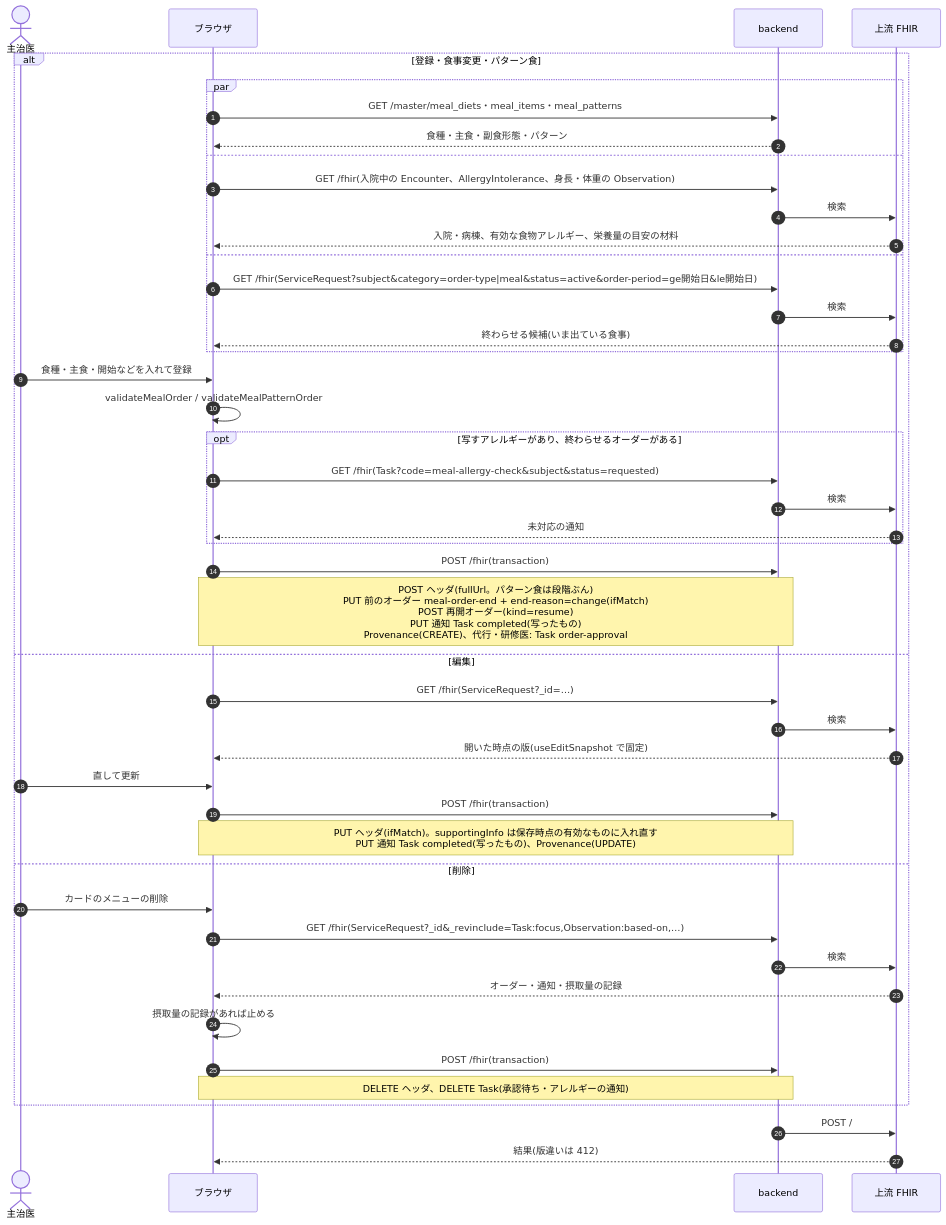
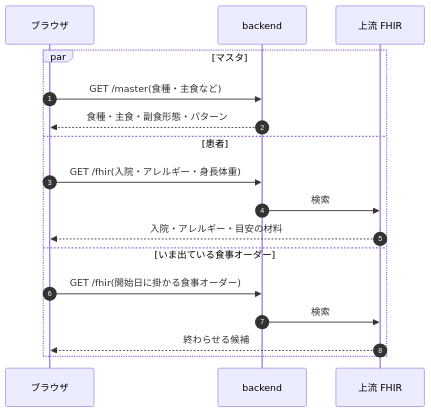
Before and after one commit to ysnr-dev/fhir-client-docs: the first of 8 diagrams in docs/dev/meal.md, drawn with Mermaid. The commit also changed other lines of this file and 43 other files, not shown here.

Commit message:
docs: 業務フローとシーケンス図を写し直し

````diff
--- a/docs/dev/meal.md
+++ b/docs/dev/meal.md
@@ -62,49 +146,20 @@
 ```mermaid
 sequenceDiagram
   autonumber
-  actor Dr as 主治医
   participant UI as ブラウザ
   participant BE as backend
   participant FHIR as 上流 FHIR
 
-  alt 登録・食事変更・パターン食
-    par
-      UI->>BE: GET /master/meal_diets・meal_items・meal_patterns
-      BE-->>UI: 食種・主食・副食形態・パターン
-    and
-      UI->>BE: GET /fhir(入院中の Encounter、AllergyIntolerance、身長・体重の Observation)
-      BE->>FHIR: 検索
-      FHIR-->>UI: 入院・病棟、有効な食物アレルギー、栄養量の目安の材料
-    and
-      UI->>BE: GET /fhir(ServiceRequest?subject&category=order-type|meal&status=active&order-period=ge開始日&le開始日)
-      BE->>FHIR: 検索
-      FHIR-->>UI: 終わらせる候補(いま出ている食事)
-    end
-    Dr->>UI: 食種・主食・開始などを入れて登録
-    UI->>UI: validateMealOrder / validateMealPatternOrder
-    opt 写すアレルギーがあり、終わらせるオーダーがある
-      UI->>BE: GET /fhir(Task?code=meal-allergy-check&subject&status=requested)
-      BE->>FHIR: 検索
-      FHIR-->>UI: 未対応の通知
-    end
-    UI->>BE: POST /fhir(transaction)
-    Note over UI,BE: POST ヘッダ(fullUrl。パターン食は段階ぶん)<br/>PUT 前のオーダー meal-order-end + end-reason=change(ifMatch)<br/>POST 再開オーダー(kind=resume)<br/>PUT 通知 Task completed(写ったもの)<br/>Provenance(CREATE)、代行・研修医: Task order-approval
-  else 編集
-    UI->>BE: GET /fhir(ServiceRequest?_id=…)
+  par マスタ
+    UI->>BE: GET /master(食種・主食など)
+    BE-->>UI: 食種・主食・副食形態・パターン
+  and 患者
+    UI->>BE: GET /fhir(入院・アレルギー・身長体重)
     BE->>FHIR: 検索
-    FHIR-->>UI: 開いた時点の版(useEditSnapshot で固定)
-    Dr->>UI: 直して更新
-    UI->>BE: POST /fhir(transaction)
-    Note over UI,BE: PUT ヘッダ(ifMatch)。supportingInfo は保存時点の有効なものに入れ直す<br/>PUT 通知 Task completed(写ったもの)、Provenance(UPDATE)
-  else 削除
-    Dr->>UI: カードのメニューの削除
-    UI->>BE: GET /fhir(ServiceRequest?_id&_revinclude=Task:focus,Observation:based-on,…)
+    FHIR-->>UI: 入院・アレルギー・目安の材料
+  and いま出ている食事オーダー
+    UI->>BE: GET /fhir(開始日に掛かる食事オーダー)
     BE->>FHIR: 検索
-    FHIR-->>UI: オーダー・通知・摂取量の記録
-    UI->>UI: 摂取量の記録があれば止める
-    UI->>BE: POST /fhir(transaction)
-    Note over UI,BE: DELETE ヘッダ、DELETE Task(承認待ち・アレルギーの通知)
+    FHIR-->>UI: 終わらせる候補
   end
-  BE->>FHIR: POST /
-  FHIR-->>UI: 結果(版違いは 412)
 ```
````
